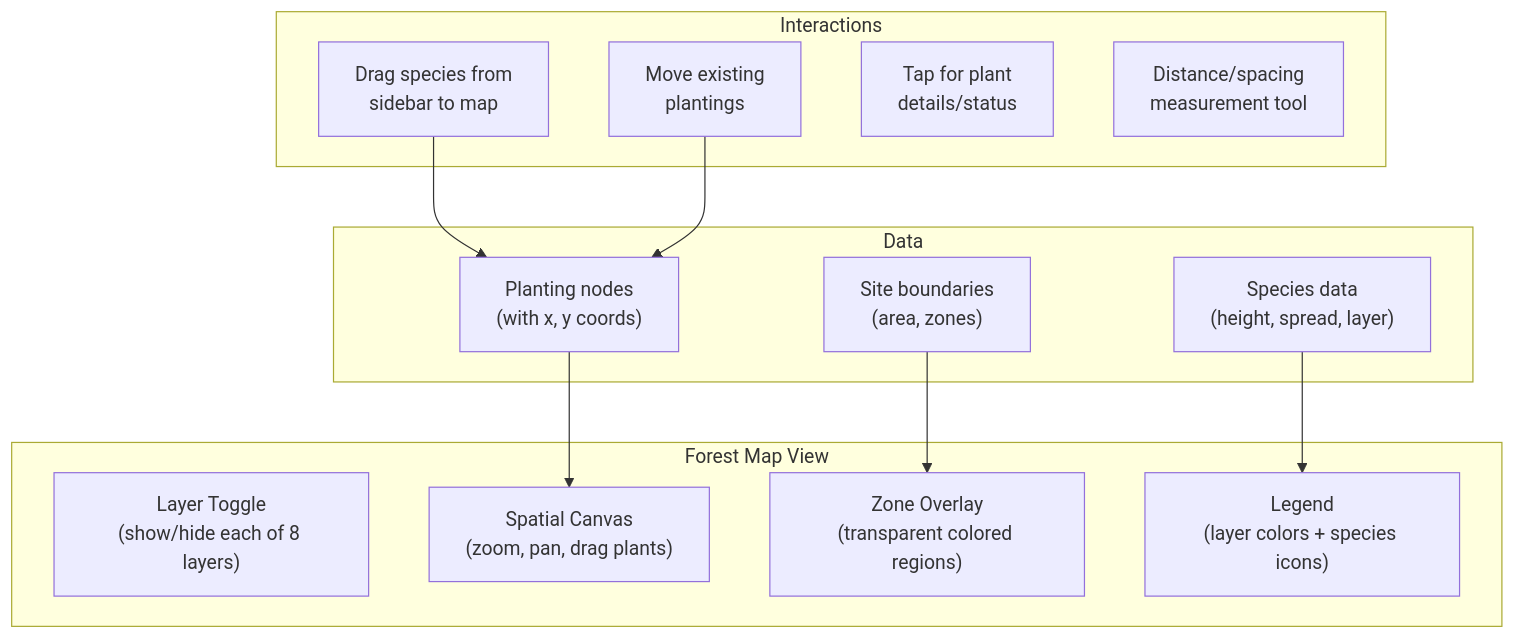
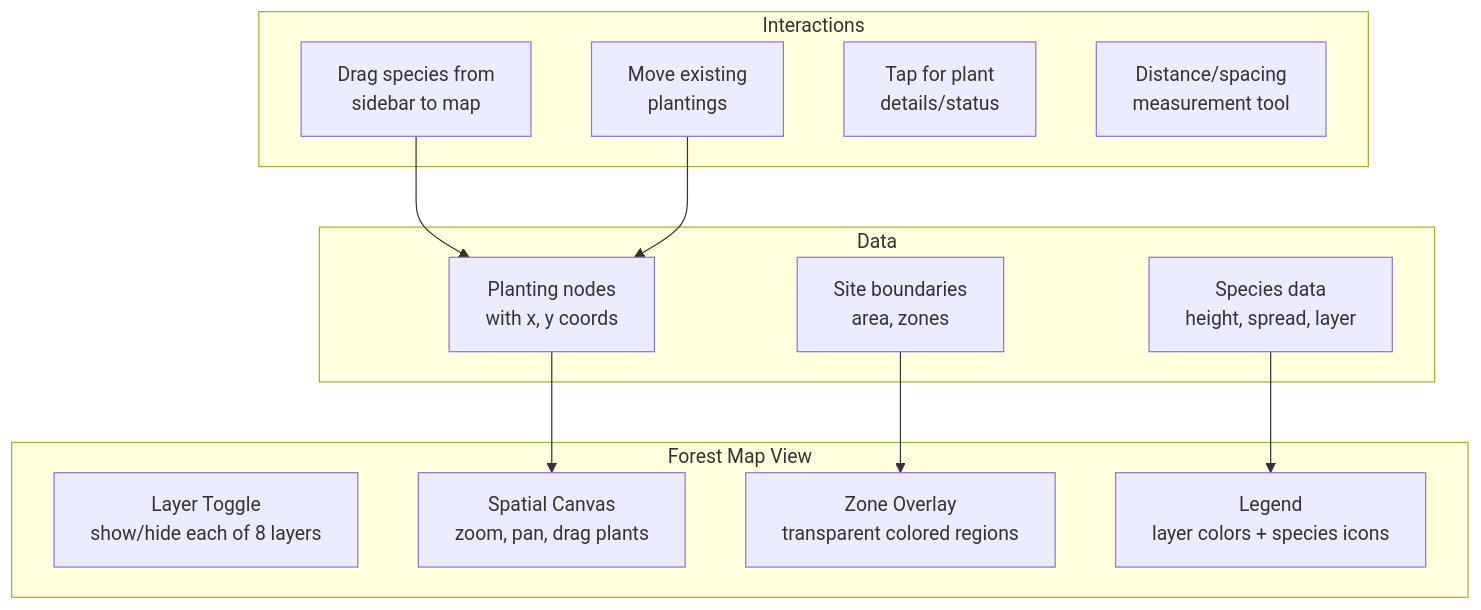
Before and after one commit to crs48/xNet: the diagram in docs/planStep04GlobalFarmingERP/07-forest-map-view.md, drawn with Mermaid. The commit also changed 21 other files, not shown here.

First line of the commit message:
Fix Mermaid parse errors: remove parentheses in flowchart node labels after <br/> tags

````diff
--- a/docs/planStep04GlobalFarmingERP/07-forest-map-view.md
+++ b/docs/planStep04GlobalFarmingERP/07-forest-map-view.md
@@ -11,28 +11,28 @@
 ```mermaid
 flowchart TD
     subgraph "Forest Map View"
-        LAYERS["Layer Toggle<br/>(show/hide each of 8 layers)"]
-        CANVAS["Spatial Canvas<br/>(zoom, pan, drag plants)"]
-        ZONES["Zone Overlay<br/>(transparent colored regions)"]
-        LEGEND["Legend<br/>(layer colors + species icons)"]
+        LAYERS["Layer Toggle<br/>show/hide each of 8 layers"]
+        CANVAS["Spatial Canvas<br/>zoom, pan, drag plants"]
+        ZONES["Zone Overlay<br/>transparent colored regions"]
+        LEGEND["Legend<br/>layer colors + species icons"]
     end
 
     subgraph "Interactions"
         PLACE["Drag species from<br/>sidebar to map"]
         MOVE["Move existing<br/>plantings"]
         INFO["Tap for plant<br/>details/status"]
         MEASURE["Distance/spacing<br/>measurement tool"]
     end
 
     subgraph "Data"
-        PLANTINGS["Planting nodes<br/>(with x, y coords)"]
-        SPECIES["Species data<br/>(height, spread, layer)"]
-        SITE["Site boundaries<br/>(area, zones)"]
+        PLANTINGS["Planting nodes<br/>with x, y coords"]
+        SPECIES["Species data<br/>height, spread, layer"]
+        SITE["Site boundaries<br/>area, zones"]
     end
 
     PLANTINGS --> CANVAS
     SPECIES --> LEGEND
     SITE --> ZONES
     PLACE --> PLANTINGS
     MOVE --> PLANTINGS
 ```
````
